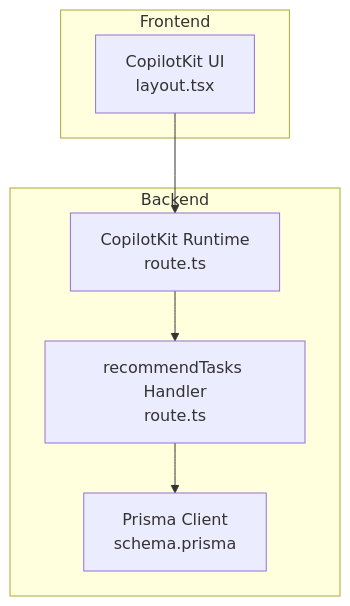
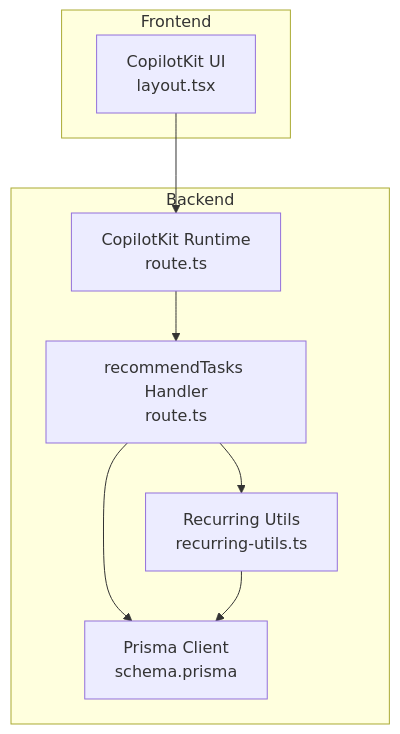
One commit to peixuanhu/goal-mate changed the first of 5 diagrams in .qoder/repowiki/en/content/AI Assistant Integration/AI Actions System/Task Recommendation Action.md. Above: the diagram before and after it, drawn with Mermaid. The commit also changed other lines of this file and 5 other files, not shown here.

````diff
--- a/.qoder/repowiki/en/content/AI Assistant Integration/AI Actions System/Task Recommendation Action.md
+++ b/.qoder/repowiki/en/content/AI Assistant Integration/AI Actions System/Task Recommendation Action.md
@@ -33,14 +37,17 @@
 ```mermaid
 graph TB
 subgraph "Frontend"
 UI["CopilotKit UI<br/>layout.tsx"]
 end
 subgraph "Backend"
 Runtime["CopilotKit Runtime<br/>route.ts"]
 Handler["recommendTasks Handler<br/>route.ts"]
+RecurringUtils["Recurring Utils<br/>recurring-utils.ts"]
 Prisma["Prisma Client<br/>schema.prisma"]
 end
 UI --> Runtime
 Runtime --> Handler
+Handler --> RecurringUtils
 Handler --> Prisma
+RecurringUtils --> Prisma
 ```
````
